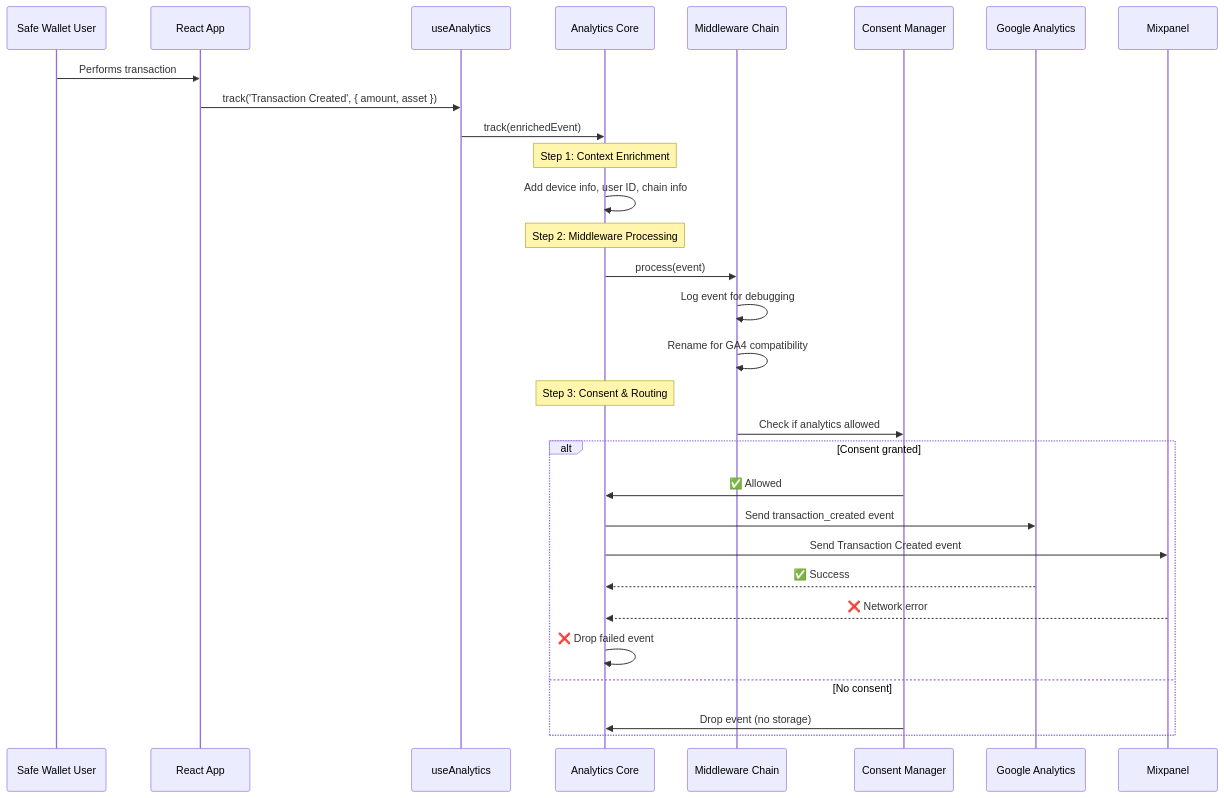
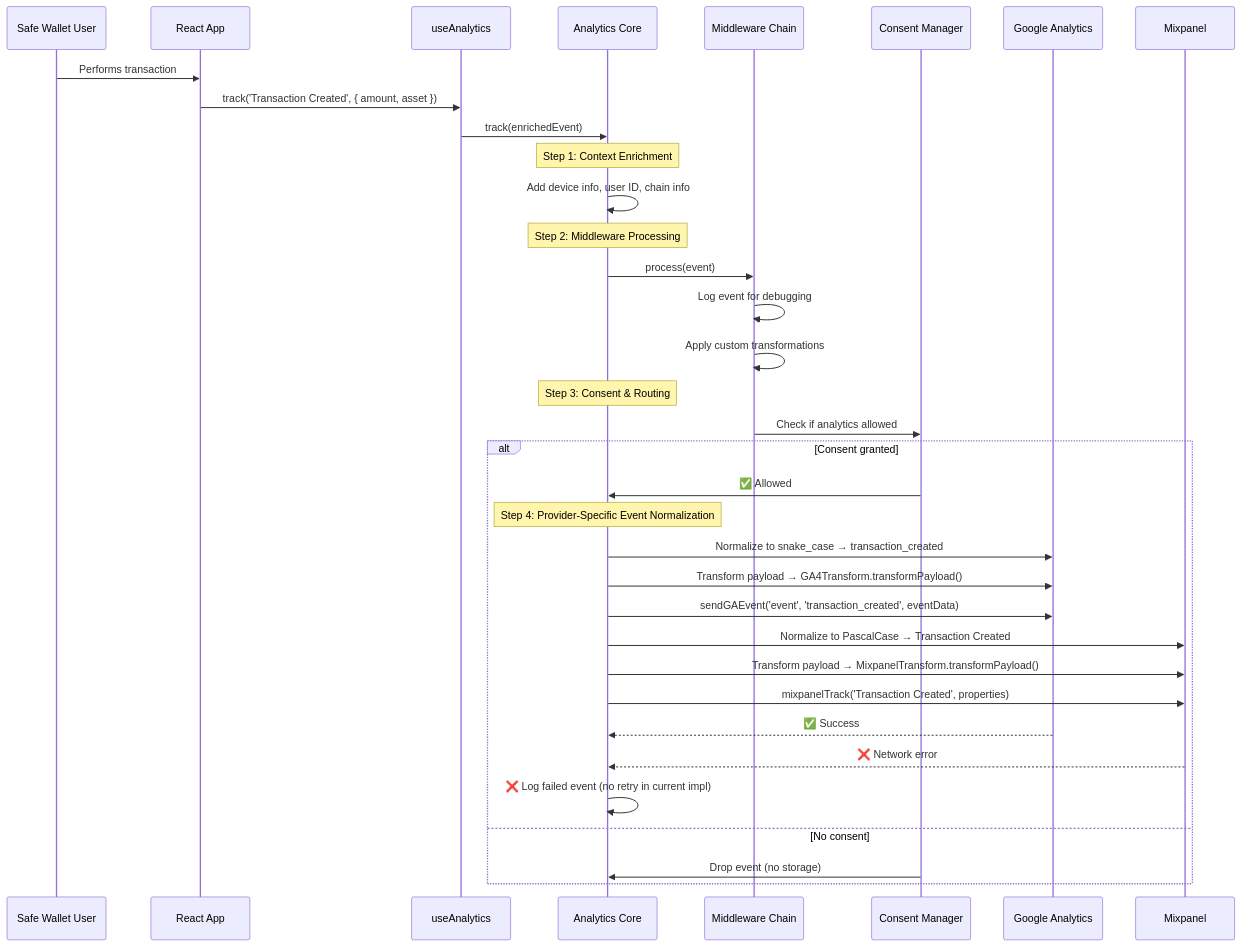
Before and after one commit to safe-global/safe-wallet-monorepo: the fifth of 5 diagrams in docs/analytics-architecture.md, drawn with Mermaid. The commit also changed other lines of this file and 5 other files, not shown here.

First line of the commit message:
refactor(analytics): simplify providers with utility-based normalization

````diff
--- a/docs/analytics-architecture.md
+++ b/docs/analytics-architecture.md
@@ -615,37 +828,45 @@
 ```mermaid
 sequenceDiagram
     participant User as Safe Wallet User
     participant App as React App
     participant Hook as useAnalytics
     participant Analytics as Analytics Core
     participant Middleware as Middleware Chain
     participant Consent as Consent Manager
     participant GA as Google Analytics
     participant MP as Mixpanel
 
     User->>App: Performs transaction
     App->>Hook: track('Transaction Created', { amount, asset })
     Hook->>Analytics: track(enrichedEvent)
 
     Note over Analytics: Step 1: Context Enrichment
     Analytics->>Analytics: Add device info, user ID, chain info
 
     Note over Analytics: Step 2: Middleware Processing
     Analytics->>Middleware: process(event)
     Middleware->>Middleware: Log event for debugging
-    Middleware->>Middleware: Rename for GA4 compatibility
+    Middleware->>Middleware: Apply custom transformations
 
     Note over Analytics: Step 3: Consent & Routing
     Middleware->>Consent: Check if analytics allowed
 
     alt Consent granted
         Consent->>Analytics: ✅ Allowed
-        Analytics->>GA: Send transaction_created event
-        Analytics->>MP: Send Transaction Created event
+        
+        Note over Analytics: Step 4: Provider-Specific Event Normalization
+        Analytics->>GA: Normalize to snake_case → transaction_created
+        Analytics->>GA: Transform payload → GA4Transform.transformPayload()
+        Analytics->>GA: sendGAEvent('event', 'transaction_created', eventData)
+        
+        Analytics->>MP: Normalize to PascalCase → Transaction Created  
+        Analytics->>MP: Transform payload → MixpanelTransform.transformPayload()
+        Analytics->>MP: mixpanelTrack('Transaction Created', properties)
+        
         GA-->>Analytics: ✅ Success
         MP-->>Analytics: ❌ Network error
-        Analytics->>Analytics: ❌ Drop failed event
+        Analytics->>Analytics: ❌ Log failed event (no retry in current impl)
     else No consent
         Consent->>Analytics: Drop event (no storage)
     end
 ```
````
